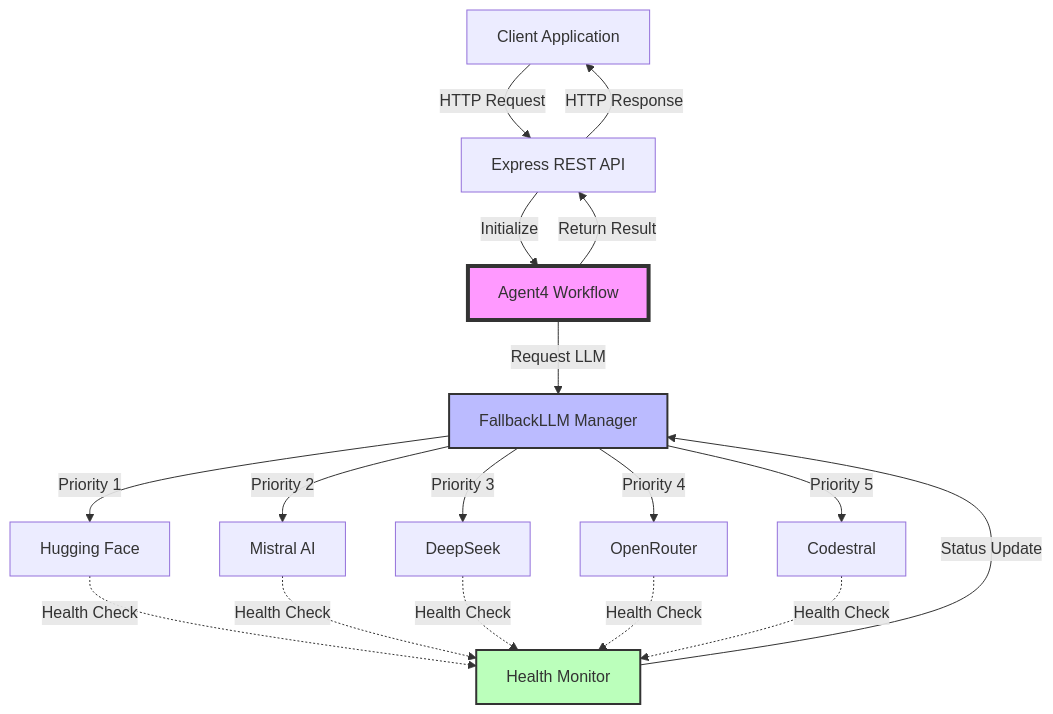
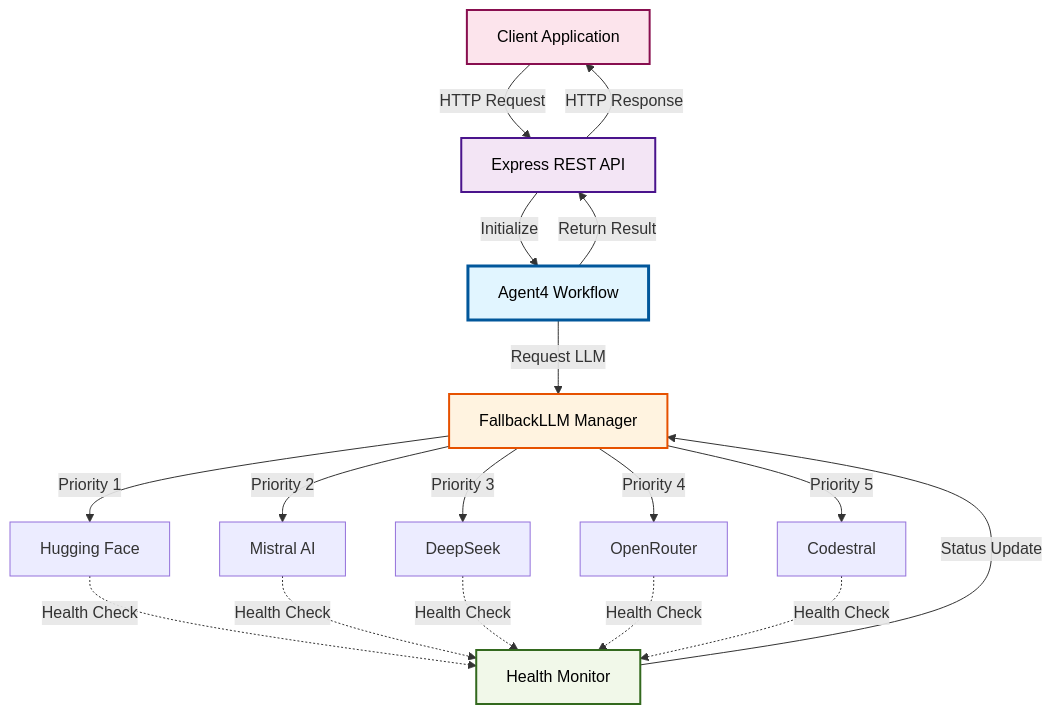
The first of 5 diagrams in README.md (NovusAevum/agent4-implementation), drawn with Mermaid before and after one commit. The commit also changed other lines of this file, not shown here.

````diff
--- a/README.md
+++ b/README.md
@@ -74,27 +74,29 @@
 ```mermaid
 graph TB
     Client[Client Application] -->|HTTP Request| API[Express REST API]
     API -->|Initialize| Agent[Agent4 Workflow]
     Agent -->|Request LLM| Fallback[FallbackLLM Manager]
     
     Fallback -->|Priority 1| HF[Hugging Face]
     Fallback -->|Priority 2| Mistral[Mistral AI]
     Fallback -->|Priority 3| DeepSeek[DeepSeek]
     Fallback -->|Priority 4| OpenRouter[OpenRouter]
     Fallback -->|Priority 5| Codestral[Codestral]
     
     HF -.->|Health Check| Monitor[Health Monitor]
     Mistral -.->|Health Check| Monitor
     DeepSeek -.->|Health Check| Monitor
     OpenRouter -.->|Health Check| Monitor
     Codestral -.->|Health Check| Monitor
     
     Monitor -->|Status Update| Fallback
     
     Agent -->|Return Result| API
     API -->|HTTP Response| Client
     
-    style Agent fill:#f9f,stroke:#333,stroke-width:4px
-    style Fallback fill:#bbf,stroke:#333,stroke-width:2px
-    style Monitor fill:#bfb,stroke:#333,stroke-width:2px
+    style Agent fill:#e1f5ff,stroke:#01579b,stroke-width:3px,color:#000
+    style Fallback fill:#fff3e0,stroke:#e65100,stroke-width:2px,color:#000
+    style Monitor fill:#f1f8e9,stroke:#33691e,stroke-width:2px,color:#000
+    style Client fill:#fce4ec,stroke:#880e4f,stroke-width:2px,color:#000
+    style API fill:#f3e5f5,stroke:#4a148c,stroke-width:2px,color:#000
 ```
````
